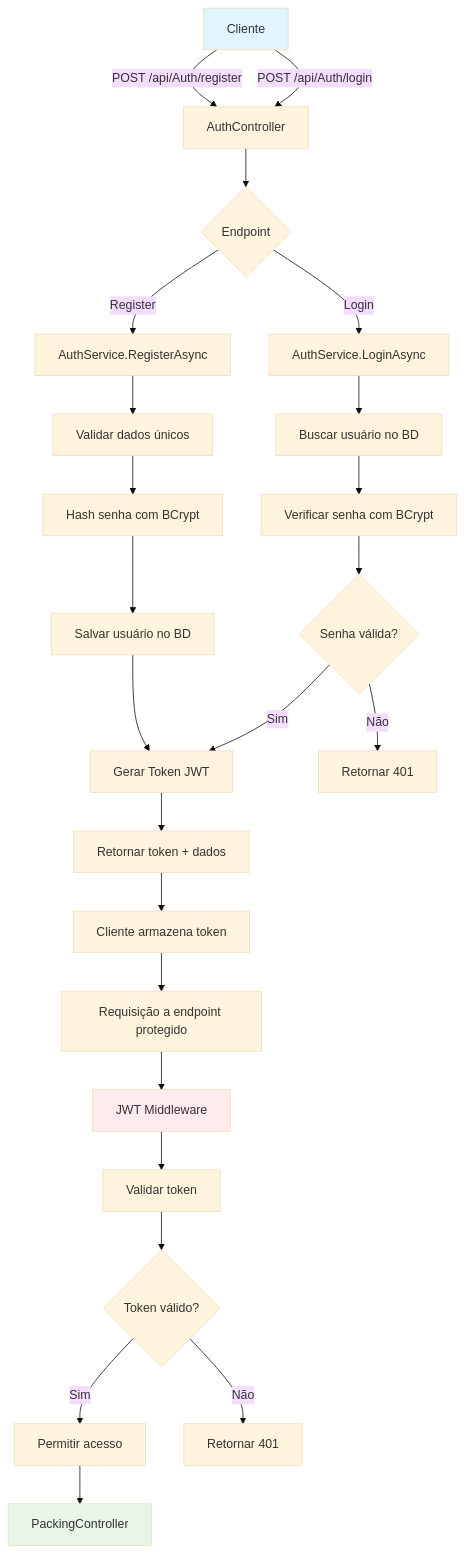
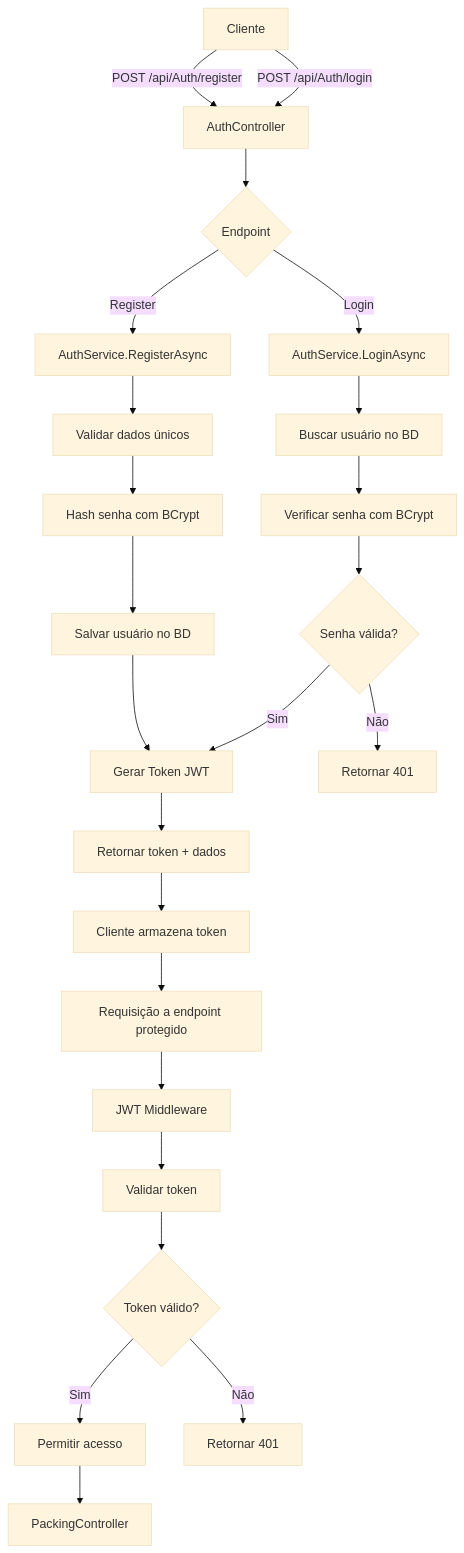
One commit to Cysne/PackingMS changed the second of 6 diagrams in Readme.md. Above: the diagram before and after it, drawn with Mermaid (base theme). The commit also changed other lines of this file, not shown here.

Commit message:
docs: atualizar diagrama de fluxo e estrutura do README.md para incluir novos componentes de autenticação

````diff
--- a/Readme.md
+++ b/Readme.md
@@ -518,37 +511,32 @@
 ```mermaid
 flowchart TD
     A[Cliente] -->|POST /api/Auth/register| B[AuthController]
     A -->|POST /api/Auth/login| B
 
     B --> C{Endpoint}
     C -->|Register| D[AuthService.RegisterAsync]
     C -->|Login| E[AuthService.LoginAsync]
 
     D --> F[Validar dados únicos]
     F --> G[Hash senha com BCrypt]
     G --> H[Salvar usuário no BD]
     H --> I[Gerar Token JWT]
 
     E --> J[Buscar usuário no BD]
     J --> K[Verificar senha com BCrypt]
     K --> L{Senha válida?}
     L -->|Sim| I
     L -->|Não| M[Retornar 401]
 
     I --> N[Retornar token + dados]
     N --> O[Cliente armazena token]
 
     O --> P[Requisição a endpoint protegido]
     P --> Q[JWT Middleware]
     Q --> R[Validar token]
     R --> S{Token válido?}
     S -->|Sim| T[Permitir acesso]
     S -->|Não| U[Retornar 401]
 
     T --> V[PackingController]
-
-    style A fill:#e1f5fe
-    style I fill:#fff3e0
-    style Q fill:#ffebee
-    style V fill:#e8f5e8
 ```
````
